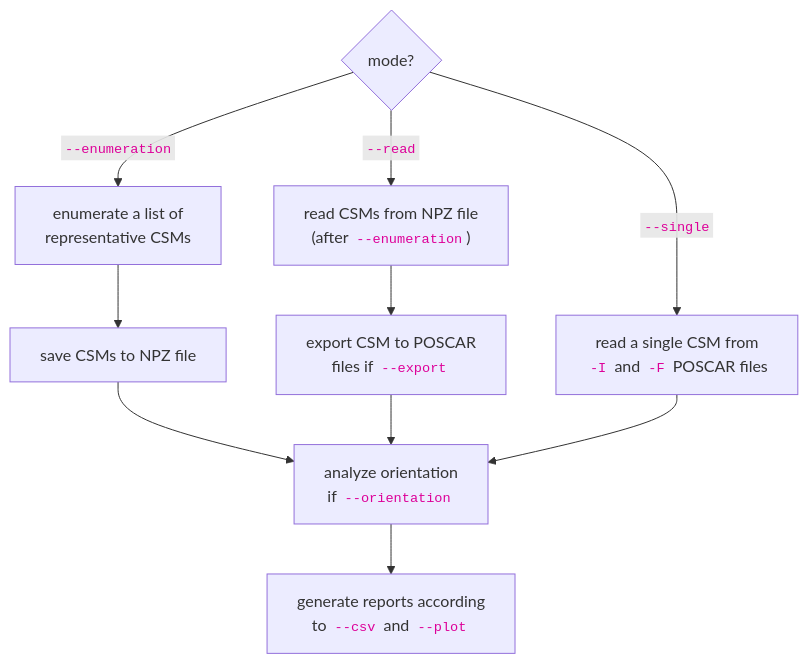
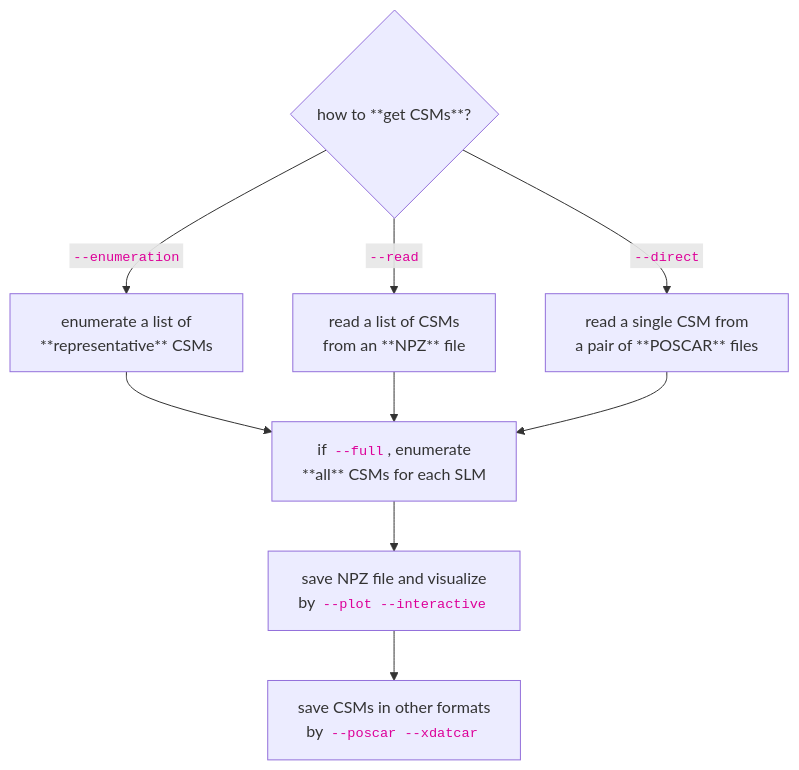
The diagram in docs/cli.md (Fangcheng-Wang/crystmatch), drawn with Mermaid before and after one commit. The commit also changed other lines of this file and 5 other files, not shown here.

````diff
--- a/docs/cli.md
+++ b/docs/cli.md
@@ -3,12 +5,11 @@
 ``` mermaid
 flowchart TB
-  A{mode?} --> |"<code style='color: #dd0099 !important; background-color: var(--md-code-bg-color); border-radius: .1rem; font-size: .85em; padding: 0 .2941176471em; word-break: break-word;'>--enumeration</code>"| B[enumerate a list of<br>representative CSMs];
-  B --> E[save CSMs to NPZ file];
-  E --> F;
-  A --> |"<code style='color: #dd0099 !important; background-color: var(--md-code-bg-color); border-radius: .1rem; font-size: .85em; padding: 0 .2941176471em; word-break: break-word;'>--read</code>"| C["read CSMs from NPZ file<br>(after <code style='color: #dd0099 !important; background-color: var(--md-code-bg-color); border-radius: .1rem; font-size: .85em; padding: 0 .2941176471em; word-break: break-word;'>--enumeration</code>)"];
-  C --> G["export CSM to POSCAR<br>files if <code style='color: #dd0099 !important; background-color: var(--md-code-bg-color); border-radius: .1rem; font-size: .85em; padding: 0 .2941176471em; word-break: break-word;'>--export</code>"];
-  G --> F;
-  A --> |"<code style='color: #dd0099 !important; background-color: var(--md-code-bg-color); border-radius: .1rem; font-size: .85em; padding: 0 .2941176471em; word-break: break-word;'>--single</code>"| D["read a single CSM from<br><code style='color: #dd0099 !important; background-color: var(--md-code-bg-color); border-radius: .1rem; font-size: .85em; padding: 0 .2941176471em; word-break: break-word;'>-I</code> and <code style='color: #dd0099 !important; background-color: var(--md-code-bg-color); border-radius: .1rem; font-size: .85em; padding: 0 .2941176471em; word-break: break-word;'>-F</code> POSCAR files"];
-  D --> F["analyze orientation<br>if <code style='color: #dd0099 !important; background-color: var(--md-code-bg-color); border-radius: .1rem; font-size: .85em; padding: 0 .2941176471em; word-break: break-word;'>--orientation</code>"];
-  F --> I["generate reports according<br>to <code style='color: #dd0099 !important; background-color: var(--md-code-bg-color); border-radius: .1rem; font-size: .85em; padding: 0 .2941176471em; word-break: break-word;'>--csv</code> and <code style='color: #dd0099 !important; background-color: var(--md-code-bg-color); border-radius: .1rem; font-size: .85em; padding: 0 .2941176471em; word-break: break-word;'>--plot</code>"];
+  mode{how to **get CSMs**?} --> |"<code style='color: #dd0099 !important; background-color: var(--md-code-bg-color); border-radius: .1rem; font-size: .85em; padding: 0 .2941176471em; word-break: break-word;'>--enumeration</code>"| modeE[enumerate a list of<br>**representative** CSMs];
+  modeE --> full;
+  mode --> |"<code style='color: #dd0099 !important; background-color: var(--md-code-bg-color); border-radius: .1rem; font-size: .85em; padding: 0 .2941176471em; word-break: break-word;'>--read</code>"| modeR["read a list of CSMs<br>from an **NPZ** file<br>"];
+  modeR --> full;
+  mode --> |"<code style='color: #dd0099 !important; background-color: var(--md-code-bg-color); border-radius: .1rem; font-size: .85em; padding: 0 .2941176471em; word-break: break-word;'>--direct</code>"| modeD["read a single CSM from<br>a pair of **POSCAR** files"];
+  modeD --> full["if <code style='color: #dd0099 !important; background-color: var(--md-code-bg-color); border-radius: .1rem; font-size: .85em; padding: 0 .2941176471em; word-break: break-word;'>--full</code>, enumerate<br>**all** CSMs for each SLM"];
+  full --> result["save NPZ file and visualize<br>by <code style='color: #dd0099 !important; background-color: var(--md-code-bg-color); border-radius: .1rem; font-size: .85em; padding: 0 .2941176471em; word-break: break-word;'>--plot --interactive</code>"];
+  result --> export["save CSMs in other formats<br>by <code style='color: #dd0099 !important; background-color: var(--md-code-bg-color); border-radius: .1rem; font-size: .85em; padding: 0 .2941176471em; word-break: break-word;'>--poscar --xdatcar</code>"]
 ```
````
